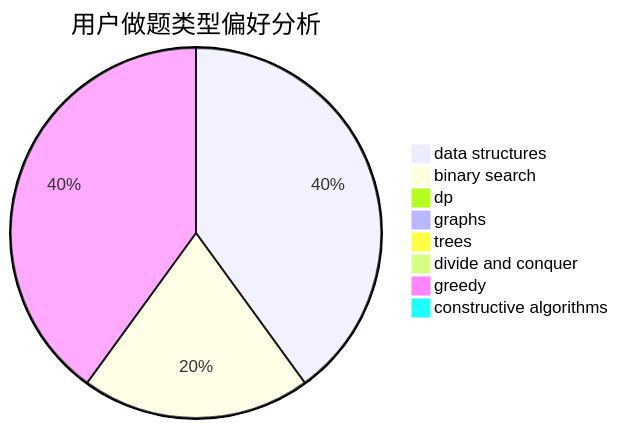
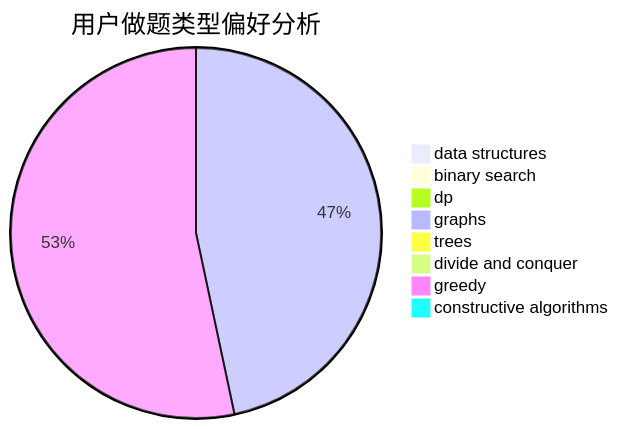
Before and after one commit to sherpahu/cfrs.github.io: the second of 3 diagrams in docs/user/u1424.md, drawn with Mermaid. The commit also changed other lines of this file and 2770 other files, not shown here.

````diff
--- a/docs/user/u1424.md
+++ b/docs/user/u1424.md
@@ -23,11 +23,11 @@
 ```mermaid
 pie title 用户做题类型偏好分析
-    "data structures" :  4
-    "binary search" :  2
+    "data structures" :  0
+    "binary search" :  0
     "dp" :  0
-    "graphs" :  0
+    "graphs" :  7
     "trees" :  0
     "divide and conquer" :  0
-    "greedy" :  4
+    "greedy" :  8
     "constructive algorithms" :  0
 ```
````
